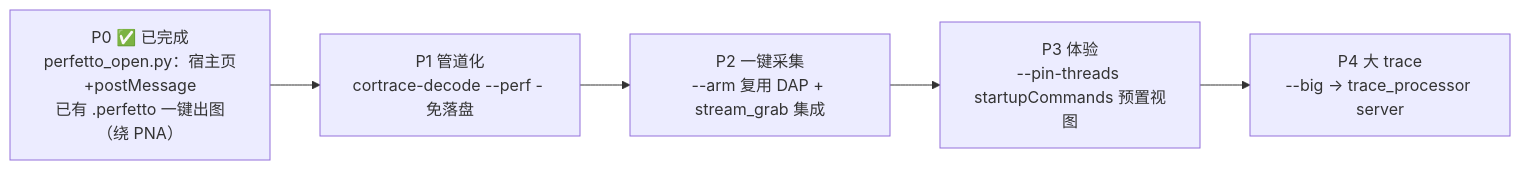
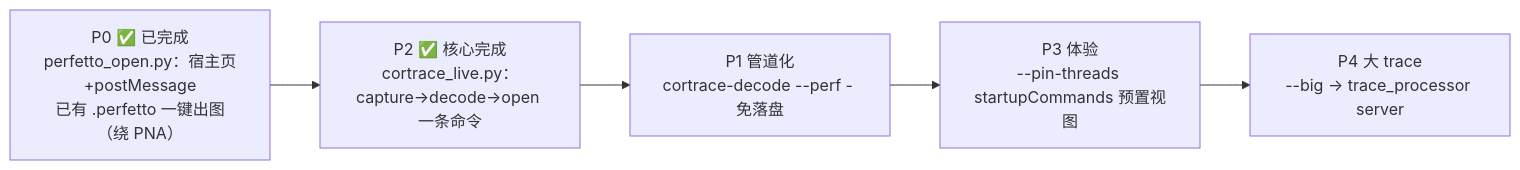
One commit to FASTSHIFT/cortrace changed the sixth of 6 diagrams in docs/01-perfetto-live-bridge.md. Above: the diagram before and after it, drawn with Mermaid. The commit also changed other lines of this file, not shown here.

First line of the commit message:
docs: mark P2 orchestrator done in live-bridge plan

````diff
--- a/docs/01-perfetto-live-bridge.md
+++ b/docs/01-perfetto-live-bridge.md
@@ -271,9 +272,9 @@
 ```mermaid
 flowchart LR
     P0["P0 ✅ 已完成<br>perfetto_open.py：宿主页+postMessage<br>已有 .perfetto 一键出图（绕 PNA）"]
+    P2["P2 ✅ 核心完成<br>cortrace_live.py：capture→decode→open 一条命令"]
     P1["P1 管道化<br>cortrace-decode --perf - 免落盘"]
-    P2["P2 一键采集<br>--arm 复用 DAP + stream_grab 集成"]
     P3["P3 体验<br>--pin-threads startupCommands 预置视图"]
     P4["P4 大 trace<br>--big -> trace_processor server"]
-    P0 --> P1 --> P2 --> P3 --> P4
+    P0 --> P2 --> P1 --> P3 --> P4
 ```
````
